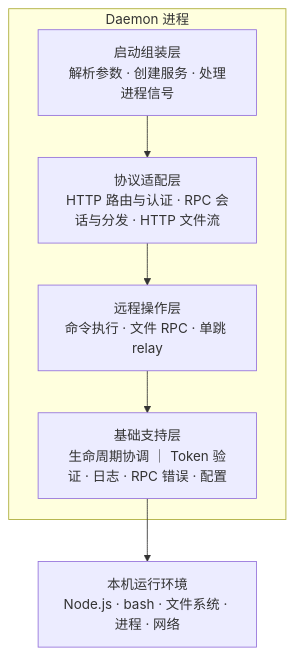
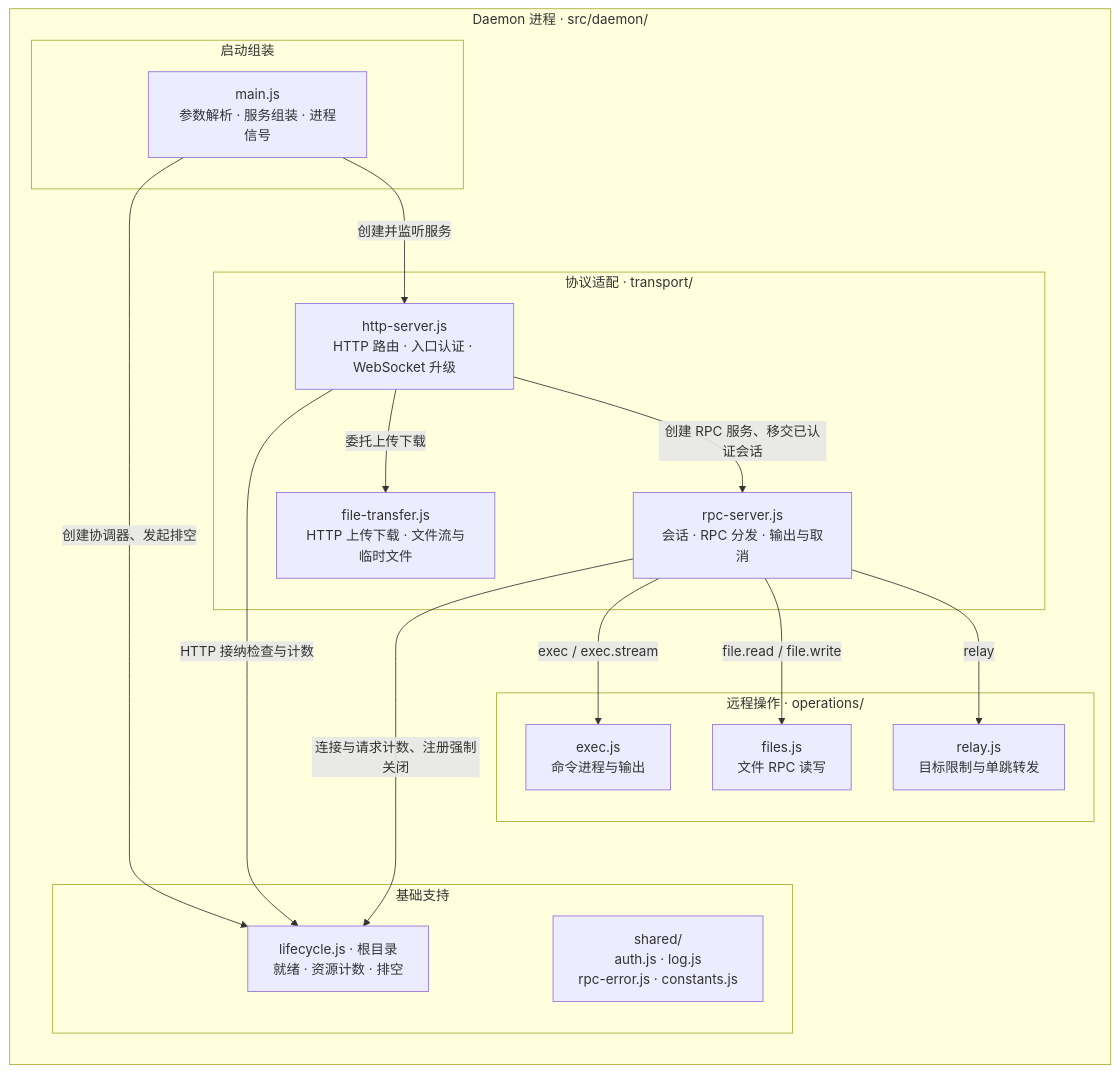
Before and after one commit to JhihJian/remote-exec: the diagram in docs/architecture/ARCHITECTURE.md, drawn with Mermaid. The commit also changed other lines of this file and 2 other files, not shown here.

Commit message:
用混合架构图展示 daemon 分层与模块协作

````diff
--- a/docs/architecture/ARCHITECTURE.md
+++ b/docs/architecture/ARCHITECTURE.md
@@ -15,12 +15,33 @@
 ```mermaid
 flowchart TB
-    subgraph daemon["Daemon 进程"]
-        startup["启动组装层<br/>解析参数 · 创建服务 · 处理进程信号"]
-        transport["协议适配层<br/>HTTP 路由与认证 · RPC 会话与分发 · HTTP 文件流"]
-        operations["远程操作层<br/>命令执行 · 文件 RPC · 单跳 relay"]
-        support["基础支持层<br/>生命周期协调 ｜ Token 验证 · 日志 · RPC 错误 · 配置"]
-        startup --> transport --> operations --> support
+    subgraph daemon["Daemon 进程 · src/daemon/"]
+        direction TB
+        subgraph assembly["启动组装"]
+            main["main.js<br/>参数解析 · 服务组装 · 进程信号"]
+        end
+        subgraph transport["协议适配 · transport/"]
+            http["http-server.js<br/>HTTP 路由 · 入口认证 · WebSocket 升级"]
+            rpc["rpc-server.js<br/>会话 · RPC 分发 · 输出与取消"]
+            transfer["file-transfer.js<br/>HTTP 上传下载 · 文件流与临时文件"]
+        end
+        subgraph operations["远程操作 · operations/"]
+            exec["exec.js<br/>命令进程与输出"]
+            files["files.js<br/>文件 RPC 读写"]
+            relay["relay.js<br/>目标限制与单跳转发"]
+        end
+        subgraph foundation["基础支持"]
+            lifecycle["lifecycle.js · 根目录<br/>就绪 · 资源计数 · 排空"]
+            shared["shared/<br/>auth.js · log.js<br/>rpc-error.js · constants.js"]
+        end
+        main -->|创建并监听服务| http
+        main -->|创建协调器、发起排空| lifecycle
+        http -->|创建 RPC 服务、移交已认证会话| rpc
+        http -->|委托上传下载| transfer
+        rpc -->|exec / exec.stream| exec
+        rpc -->|file.read / file.write| files
+        rpc -->|relay| relay
+        http -->|HTTP 接纳检查与计数| lifecycle
+        rpc -->|连接与请求计数、注册强制关闭| lifecycle
+        operations ~~~ foundation
     end
-    environment["本机运行环境<br/>Node.js · bash · 文件系统 · 进程 · 网络"]
-    support --> environment
 ```
````
